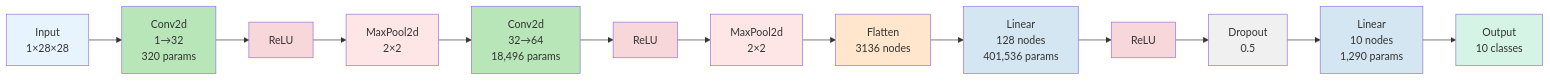
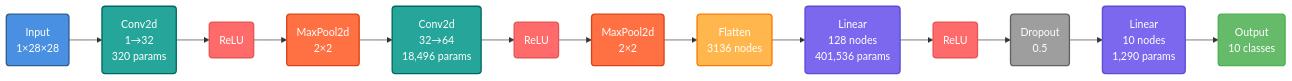
One commit to lattemalta/mnist_tutorial changed the second of 2 diagrams in README.md. Above: the diagram before and after it, drawn with Mermaid. The commit also changed other lines of this file, not shown here.

Commit message:
Mermaid図をダークモード対応・丸みのあるデザインに改善
- flowchartを使用して丸みのあるノード形状に変更
- ダークモードでも見やすい鮮やかな色合いに調整
- 白いテキストとコントラストの高い境界線を追加
- レイヤータイプごとの色分けを強化

🤖 Generated with [Claude Code](https://claude.ai/code)

````diff
--- a/README.md
+++ b/README.md
@@ -74,33 +74,33 @@
 ```mermaid
-graph LR
-    A[Input<br/>1×28×28] --> B[Conv2d<br/>1→32<br/>320 params]
-    B --> C[ReLU]
-    C --> D[MaxPool2d<br/>2×2]
-    D --> E[Conv2d<br/>32→64<br/>18,496 params]
-    E --> F[ReLU]
-    F --> G[MaxPool2d<br/>2×2]
-    G --> H[Flatten<br/>3136 nodes]
-    H --> I[Linear<br/>128 nodes<br/>401,536 params]
-    I --> J[ReLU]
-    J --> K[Dropout<br/>0.5]
-    K --> L[Linear<br/>10 nodes<br/>1,290 params]
-    L --> M[Output<br/>10 classes]
+flowchart LR
+    A(Input<br/>1×28×28) --> B(Conv2d<br/>1→32<br/>320 params)
+    B --> C(ReLU)
+    C --> D(MaxPool2d<br/>2×2)
+    D --> E(Conv2d<br/>32→64<br/>18,496 params)
+    E --> F(ReLU)
+    F --> G(MaxPool2d<br/>2×2)
+    G --> H(Flatten<br/>3136 nodes)
+    H --> I(Linear<br/>128 nodes<br/>401,536 params)
+    I --> J(ReLU)
+    J --> K(Dropout<br/>0.5)
+    K --> L(Linear<br/>10 nodes<br/>1,290 params)
+    L --> M(Output<br/>10 classes)
     
-    classDef input fill:#E8F4FD
-    classDef conv fill:#B8E6B8
-    classDef pool fill:#FFE6E6
-    classDef linear fill:#D4E6F1
-    classDef activation fill:#F8D7DA
-    classDef flatten fill:#FFE6CC
-    classDef dropout fill:#F0F0F0
-    classDef output fill:#D5F4E6
+    classDef input fill:#4A90E2,stroke:#2E5C8A,stroke-width:2px,color:#FFFFFF
+    classDef conv fill:#26A69A,stroke:#00695C,stroke-width:2px,color:#FFFFFF
+    classDef pool fill:#FF7043,stroke:#D84315,stroke-width:2px,color:#FFFFFF
+    classDef linear fill:#7B68EE,stroke:#5A4FCF,stroke-width:2px,color:#FFFFFF
+    classDef activation fill:#FF6B6B,stroke:#E55555,stroke-width:2px,color:#FFFFFF
+    classDef flatten fill:#FFB74D,stroke:#F57C00,stroke-width:2px,color:#FFFFFF
+    classDef dropout fill:#9E9E9E,stroke:#616161,stroke-width:2px,color:#FFFFFF
+    classDef output fill:#66BB6A,stroke:#4CAF50,stroke-width:2px,color:#FFFFFF
     
     class A input
     class B,E conv
     class C,F,J activation
     class D,G pool
     class H flatten
     class I,L linear
     class K dropout
     class M output
 ```
````
